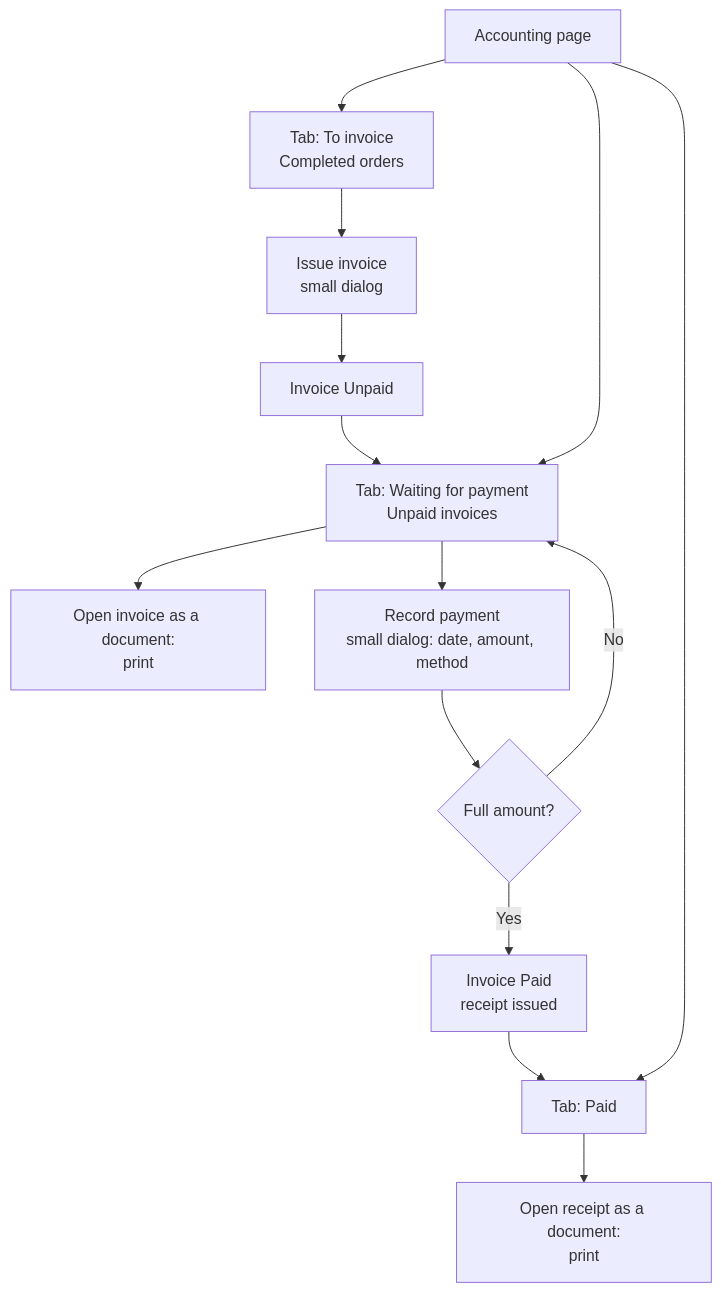
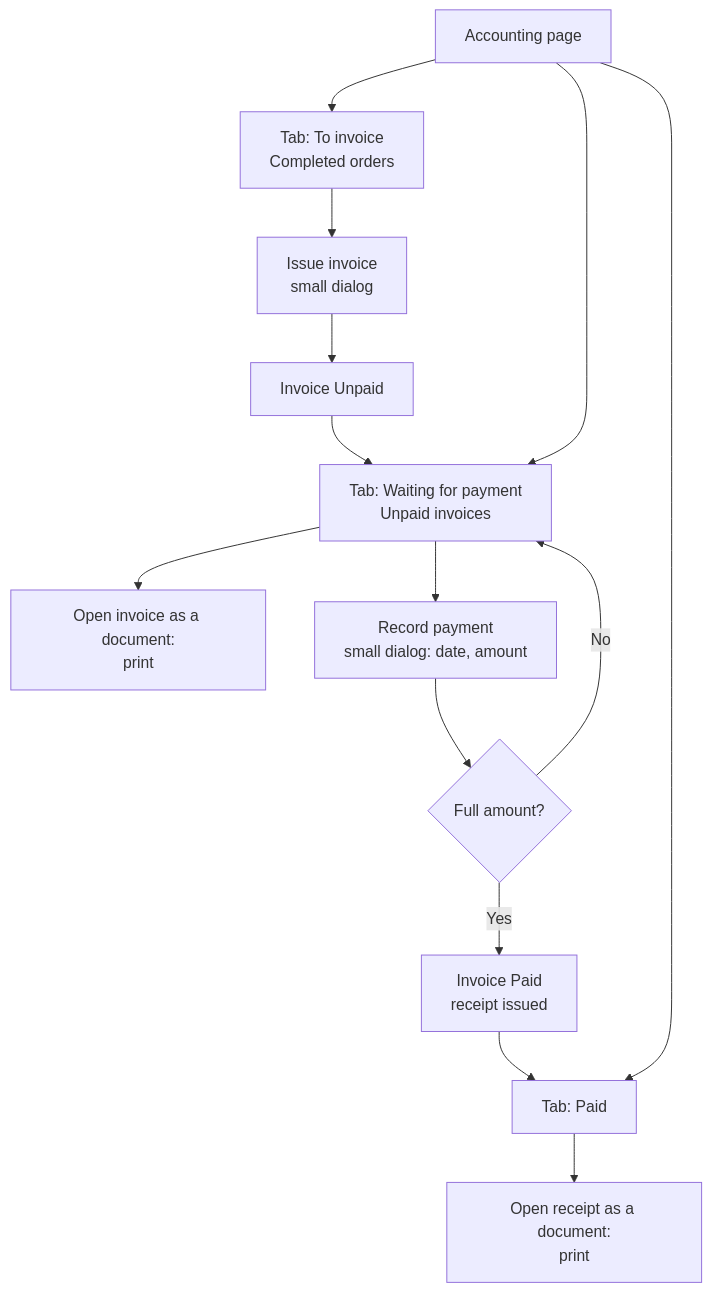
The sixth of 8 diagrams in ProjectdocInfo/User Flow.md (Detmon0410/Base_Sample_ERP), drawn with Mermaid before and after one commit. The commit also changed other lines of this file and 6 other files, not shown here.

Commit message:
ProjectdocInfo: the diagrams follow the code (the Factory adds the processes, no Today page, 23 tables, columns of the ER)

````diff
--- a/ProjectdocInfo/User Flow.md
+++ b/ProjectdocInfo/User Flow.md
@@ -161,17 +163,17 @@
 ```mermaid
 flowchart TD
     A[Accounting page] --> T1[Tab: To invoice<br/>Completed orders]
     A --> T2[Tab: Waiting for payment<br/>Unpaid invoices]
     A --> T3[Tab: Paid]
 
     T1 --> I1[Issue invoice<br/>small dialog]
     I1 --> I2[Invoice Unpaid]
     I2 --> T2
     T2 --> I3[Open invoice as a document:<br/>print]
-    T2 --> I4[Record payment<br/>small dialog: date, amount, method]
+    T2 --> I4[Record payment<br/>small dialog: date, amount]
     I4 --> I5{Full amount?}
     I5 -- No --> T2
     I5 -- Yes --> I6[Invoice Paid<br/>receipt issued]
     I6 --> T3
     T3 --> I7[Open receipt as a document:<br/>print]
 ```
````
